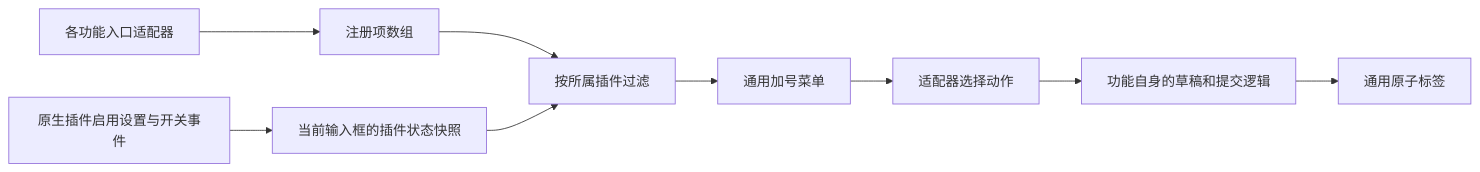
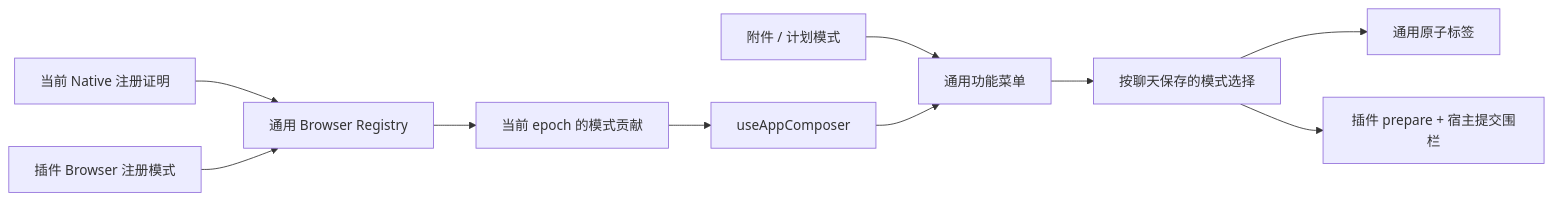
Before and after one commit to liangxhao/JustDo: the diagram in docs/features/chat/composer-feature-menu.md, drawn with Mermaid. The commit also changed other lines of this file and 535 other files, not shown here.

````diff
--- a/docs/features/chat/composer-feature-menu.md
+++ b/docs/features/chat/composer-feature-menu.md
@@ -8,11 +7,12 @@
 ```mermaid
 flowchart LR
-  Adapter[各功能入口适配器] --> Registration[注册项数组]
-  Catalog[原生插件启用设置与开关事件] --> Enablement[当前输入框的插件状态快照]
-  Registration --> Filter[按所属插件过滤]
-  Enablement --> Filter
-  Filter --> Menu[通用加号菜单]
-  Menu --> Action[适配器选择动作]
-  Action --> Draft[功能自身的草稿和提交逻辑]
-  Draft --> Tag[通用原子标签]
+  Native[当前 Native 注册证明] --> Host[通用 Browser Registry]
+  Package[插件 Browser 注册模式] --> Host
+  Host --> Modes[当前 epoch 的模式贡献]
+  Modes --> Composer[useAppComposer]
+  Builtin[附件 / 计划模式] --> Menu[通用功能菜单]
+  Composer --> Menu
+  Menu --> Selection[按聊天保存的模式选择]
+  Selection --> Token[通用原子标签]
+  Selection --> Prepare[插件 prepare + 宿主提交围栏]
 ```
````
